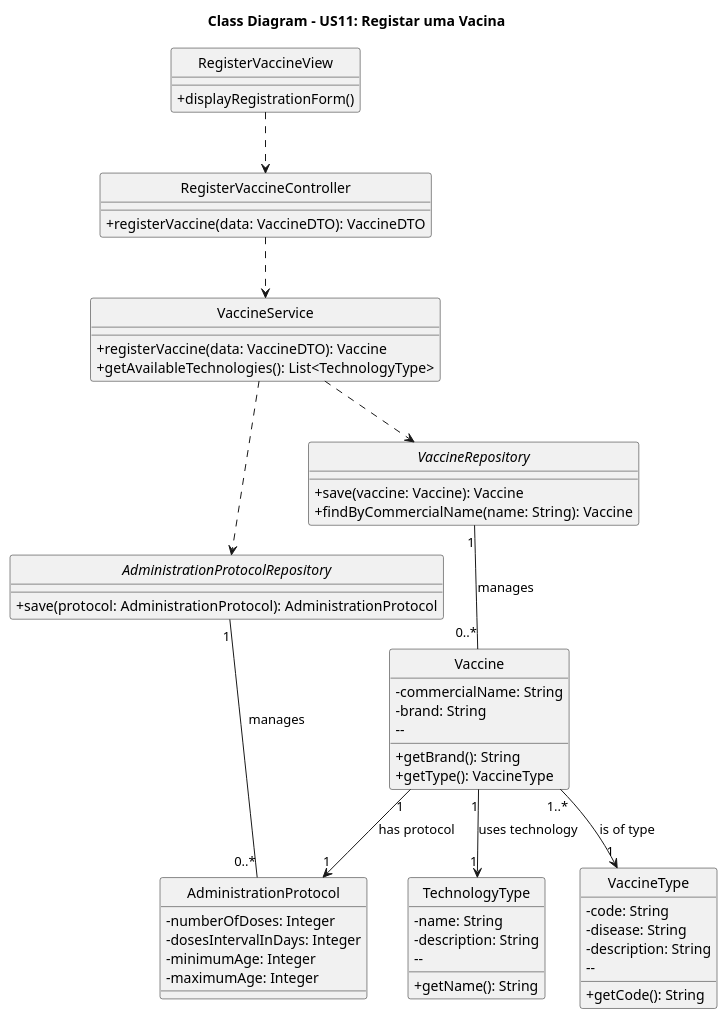
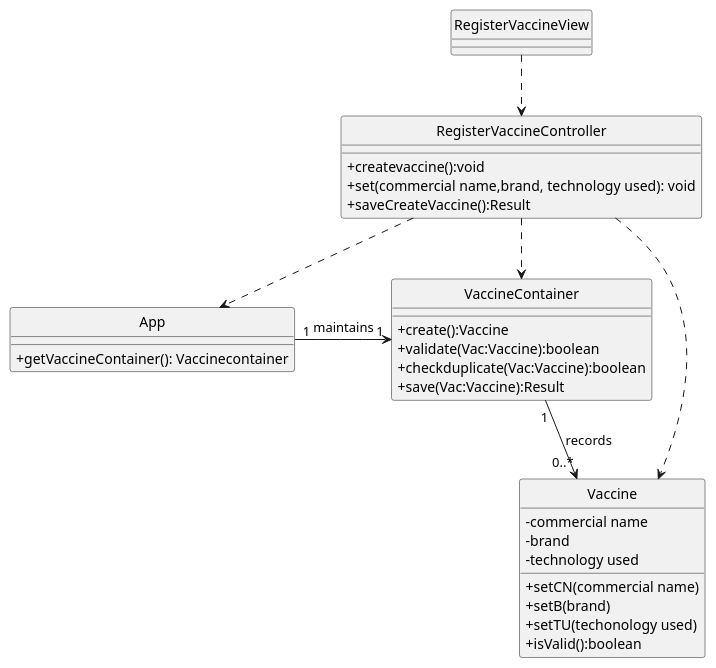
The diagram in docs/system-documentation/US11/puml/US11-CD.puml (goncalomaia18/leti-esoft-25-26-C3), drawn with PlantUML before and after one commit. The commit also changed 5 other files, not shown here.

```diff
--- a/docs/system-documentation/US11/puml/US11-CD.puml
+++ b/docs/system-documentation/US11/puml/US11-CD.puml
@@ -1,88 +1,48 @@
 @startuml
-'https://plantuml.com/class-diagram
+'https://plantuml.com/sequence-diagram
 
 hide circle
 skinparam classAttributeIconSize 0
 
-title Class Diagram - US11: Registar uma Vacina
-
 class RegisterVaccineView {
-    + displayRegistrationForm()
 }
 
-
-class RegisterVaccineController {
-    + registerVaccine(data: VaccineDTO): VaccineDTO
+class RegisterVaccineController{
++createvaccine():void
++set(commercial name,brand, technology used): void
++ saveCreateVaccine():Result
 }
 
-
-class VaccineService {
-    + registerVaccine(data: VaccineDTO): Vaccine
-    + getAvailableTechnologies(): List<TechnologyType>
+class App{
++getVaccineContainer(): Vaccinecontainer
 }
 
-
-interface VaccineRepository {
-    + save(vaccine: Vaccine): Vaccine
-    + findByCommercialName(name: String): Vaccine
+class VaccineContainer{
++create():Vaccine
++validate(Vac:Vaccine):boolean
++checkduplicate(Vac:Vaccine):boolean
++save(Vac:Vaccine):Result
 }
 
-interface AdministrationProtocolRepository {
-    + save(protocol: AdministrationProtocol): AdministrationProtocol
+class Vaccine{
+-commercial name
+-brand
+-technology used
++setCN(commercial name)
++setB(brand)
++setTU(techonology used)
++isValid():boolean
 }
+
+App "1" -right-> "1" VaccineContainer: maintains
+VaccineContainer "1" -down-> "0..*" Vaccine: records
+
+
+RegisterVaccineView ..> RegisterVaccineController
+RegisterVaccineController ..> App
+RegisterVaccineController ..> VaccineContainer
+RegisterVaccineController ..> Vaccine
 
 
 
-class Vaccine {
-
-    - commercialName: String
-    - brand: String
-    --
-    + getBrand(): String
-    + getType(): VaccineType
-}
-
-class VaccineType {
-
-    - code: String
-    - disease: String
-    - description: String
-    --
-    + getCode(): String
-}
-
-class AdministrationProtocol {
-
-    - numberOfDoses: Integer
-    - dosesIntervalInDays: Integer
-    - minimumAge: Integer
-    - maximumAge: Integer
-}
-
-class TechnologyType {
-
-    - name: String
-    - description: String
-    --
-    + getName(): String
-}
-
-
-RegisterVaccineView ..> RegisterVaccineController
-RegisterVaccineController ..> VaccineService
-VaccineService ..> VaccineRepository
-VaccineService ..> AdministrationProtocolRepository
-
-
-
-Vaccine "1..*" --> "1" VaccineType : "is of type"
-Vaccine "1" --> "1" AdministrationProtocol : "has protocol"
-
-
-Vaccine "1" --> "1" TechnologyType : "uses technology"
-
-
-VaccineRepository "1" -- "0..*" Vaccine : "manages"
-AdministrationProtocolRepository "1" -- "0..*" AdministrationProtocol : "manages"
-
 @enduml
```
